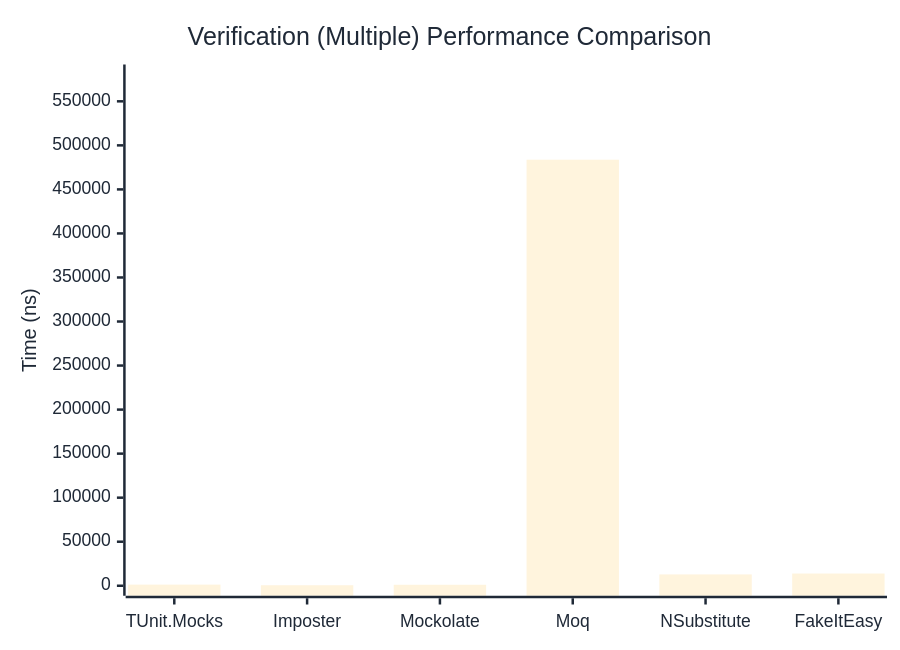
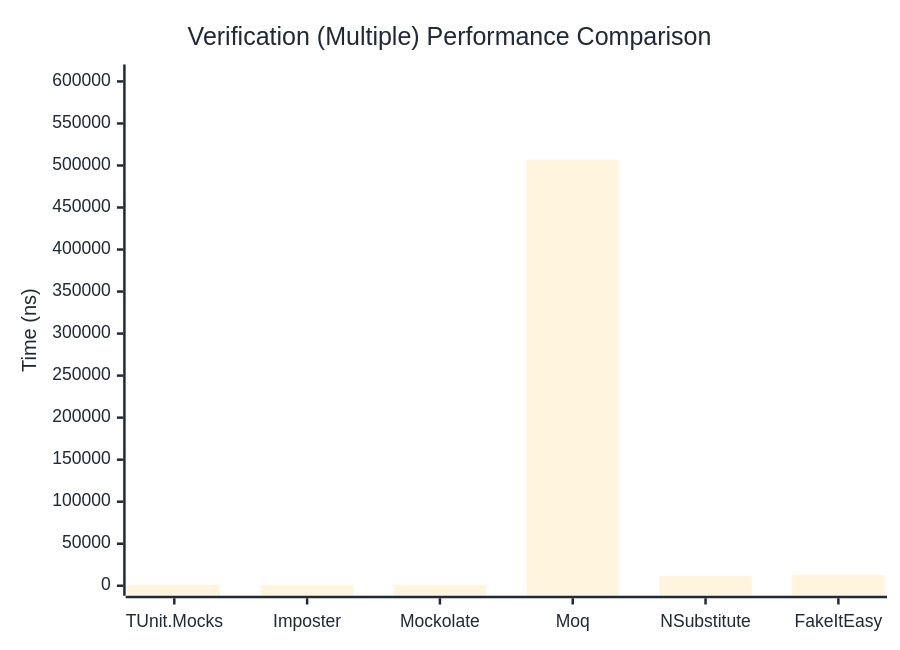
One commit to thomhurst/TUnit changed the third of 3 diagrams in docs/docs/benchmarks/mocks/Verification.md. Above: the diagram before and after it, drawn with Mermaid. The commit also changed other lines of this file and 14 other files, not shown here.

````diff
--- a/docs/docs/benchmarks/mocks/Verification.md
+++ b/docs/docs/benchmarks/mocks/Verification.md
@@ -112,27 +112,27 @@
 ```mermaid
 %%{init: {
   'theme':'base',
   'themeVariables': {
     'primaryColor': '#2563eb',
     'primaryTextColor': '#1f2937',
     'primaryBorderColor': '#1e40af',
     'lineColor': '#6b7280',
     'secondaryColor': '#7c3aed',
     'tertiaryColor': '#dc2626',
     'background': '#ffffff',
     'pie1': '#2563eb',
     'pie2': '#7c3aed',
     'pie3': '#dc2626',
     'pie4': '#f59e0b',
     'pie5': '#10b981',
     'pie6': '#06b6d4',
     'pie7': '#ec4899',
     'pie8': '#6366f1'
   }
 }}%%
 xychart-beta
   title "Verification (Multiple) Performance Comparison"
   x-axis ["TUnit.Mocks", "Imposter", "Mockolate", "Moq", "NSubstitute", "FakeItEasy"]
-  y-axis "Time (ns)" 0 --> 580456
-  bar [1285.78, 583.38, 1114.88, 483713.32, 12865.53, 13879.24]
+  y-axis "Time (ns)" 0 --> 608259
+  bar [1178.44, 530, 1009.79, 506881.84, 11822.89, 12891.79]
 ```
````
